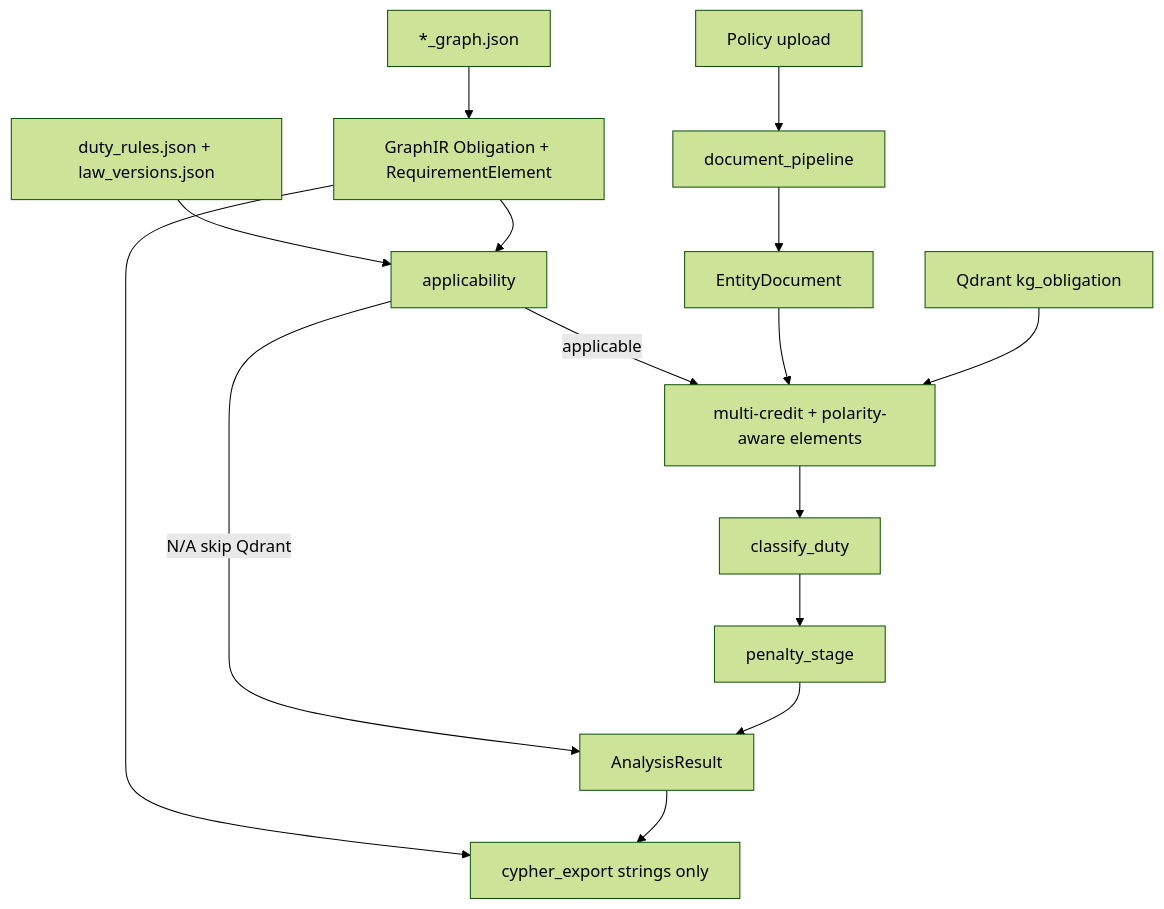
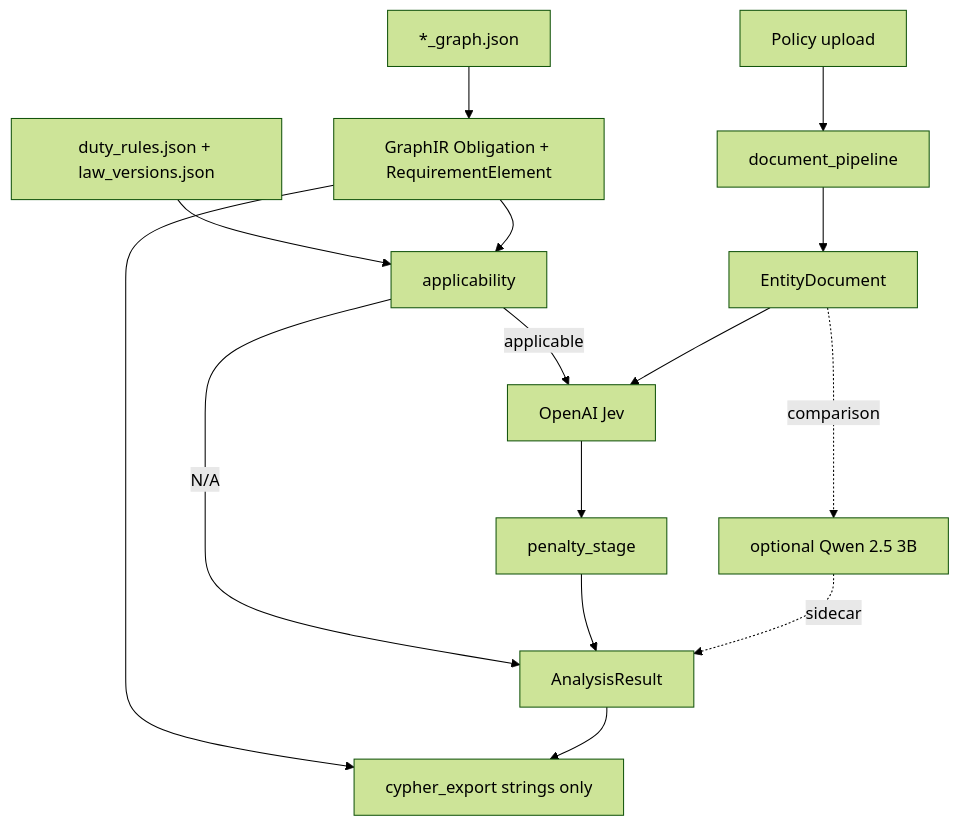
One commit to SohamSurve22/PolarisTest changed the fifth of 5 diagrams in ARCHITECTURE.md. Above: the diagram before and after it, drawn with Mermaid (forest theme). The commit also changed other lines of this file and 49 other files, not shown here.

````diff
--- a/ARCHITECTURE.md
+++ b/ARCHITECTURE.md
@@ -181,27 +181,26 @@
 ```mermaid
 flowchart TB
   upload[Policy upload]
   pipe[document_pipeline]
   entity[EntityDocument]
   laws["*_graph.json"]
   sidecar[duty_rules.json + law_versions.json]
   gir[GraphIR Obligation + RequirementElement]
   apply[applicability]
-  qdrant[Qdrant kg_obligation]
-  match[multi-credit + polarity-aware elements]
-  classify[classify_duty]
+   jev[OpenAI Jev]
+   qwen[optional Qwen 2.5 3B]
   penalty[penalty_stage]
   result[AnalysisResult]
   cypher[cypher_export strings only]
   upload --> pipe --> entity
   laws --> gir
   sidecar --> apply
   gir --> apply
-  apply -->|applicable| match
-  apply -->|N/A skip Qdrant| result
-  entity --> match
-  qdrant --> match
-  match --> classify --> penalty --> result
+   apply -->|applicable| jev
+   apply -->|N/A| result
+   entity --> jev
+   jev --> penalty --> result
+   entity -. comparison .-> qwen -. sidecar .-> result
   gir --> cypher
   result --> cypher
 ```
````
